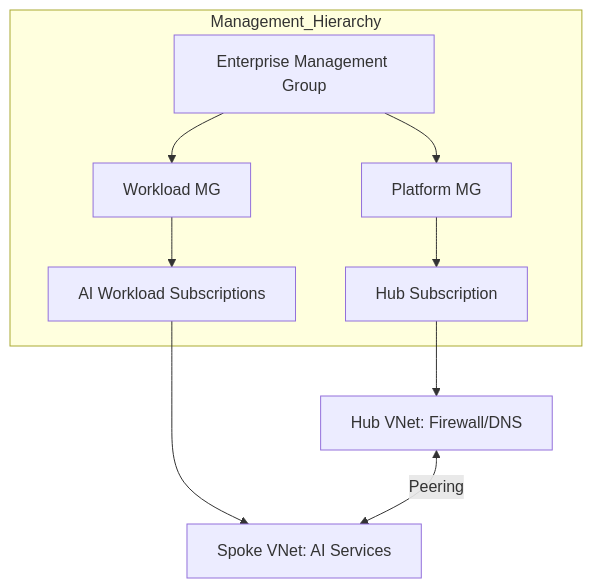
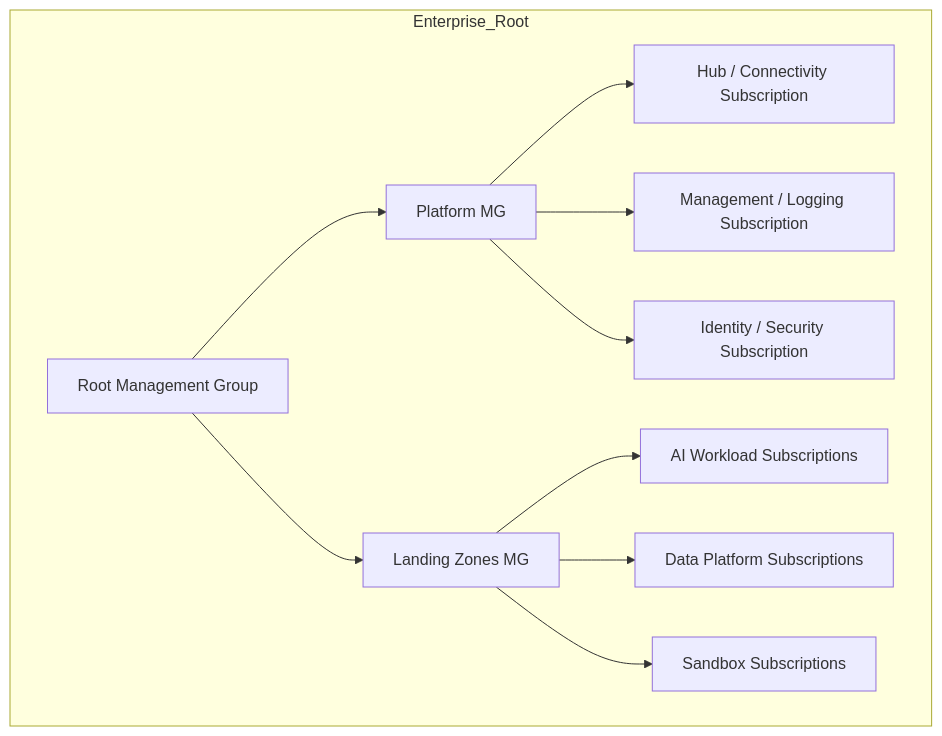
Before and after one commit to Devopstrio/ai-landing-zone: the first of 3 diagrams in README.md, drawn with Mermaid. The commit also changed other lines of this file and 2 other files, not shown here.

Commit message:
feat: professional end-to-end elevation - governance api & management hierarchy

````diff
--- a/README.md
+++ b/README.md
@@ -37,14 +33,16 @@
 ```mermaid
 graph TD
-    subgraph Management_Hierarchy
-        MG[Enterprise Management Group]
-        MG --> PLAT[Platform MG]
-        MG --> WORK[Workload MG]
-        PLAT --> HUB_SUB[Hub Subscription]
-        WORK --> AI_SUB[AI Workload Subscriptions]
+    subgraph Enterprise_Root
+        MG_R[Root Management Group]
+        MG_R --> MG_P[Platform MG]
+        MG_R --> MG_L[Landing Zones MG]
+        
+        MG_P --> S_HUB[Hub / Connectivity Subscription]
+        MG_P --> S_MGMT[Management / Logging Subscription]
+        MG_P --> S_SEC[Identity / Security Subscription]
+        
+        MG_L --> S_AI[AI Workload Subscriptions]
+        MG_L --> S_DATA[Data Platform Subscriptions]
+        MG_L --> S_SB[Sandbox Subscriptions]
     end
-    
-    HUB_SUB --> HUB_VNET[Hub VNet: Firewall/DNS]
-    AI_SUB --> SPOKE_VNET[Spoke VNet: AI Services]
-    HUB_VNET <-->|Peering| SPOKE_VNET
 ```
````
